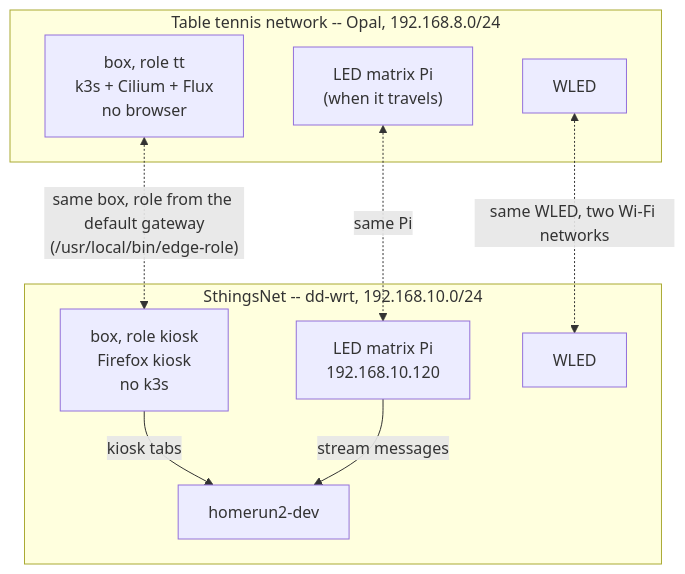
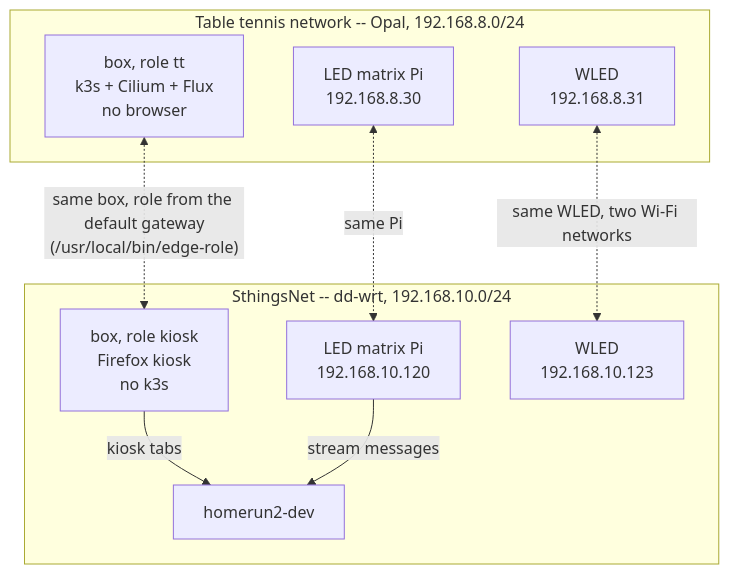
One commit to stuttgart-things/harvester changed the third of 3 diagrams in docs/edge/landscape.md. Above: the diagram before and after it, drawn with Mermaid. The commit also changed other lines of this file and 3 other files, not shown here.

First line of the commit message:
docs(edge): the log sink, the WLED and the matrix address on the Opal LAN (#547)

````diff
--- a/docs/edge/landscape.md
+++ b/docs/edge/landscape.md
@@ -133,19 +133,19 @@
 ```mermaid
 flowchart TB
   subgraph tt["Table tennis network -- Opal, 192.168.8.0/24"]
     box1["box, role tt<br/>k3s + Cilium + Flux<br/>no browser"]
-    matrix1["LED matrix Pi<br/>(when it travels)"]
-    wled1["WLED"]
+    matrix1["LED matrix Pi<br/>192.168.8.30"]
+    wled1["WLED<br/>192.168.8.31"]
   end
   subgraph sn["SthingsNet -- dd-wrt, 192.168.10.0/24"]
     box2["box, role kiosk<br/>Firefox kiosk<br/>no k3s"]
     matrix2["LED matrix Pi<br/>192.168.10.120"]
-    wled2["WLED"]
+    wled2["WLED<br/>192.168.10.123"]
     hrdev["homerun2-dev"]
   end
   box1 <-. "same box, role from the default gateway<br/>(/usr/local/bin/edge-role)" .-> box2
   matrix1 <-. same Pi .-> matrix2
   wled1 <-. "same WLED, two Wi-Fi networks" .-> wled2
   box2 -- "kiosk tabs" --> hrdev
   matrix2 -- "stream messages" --> hrdev
 ```
````
